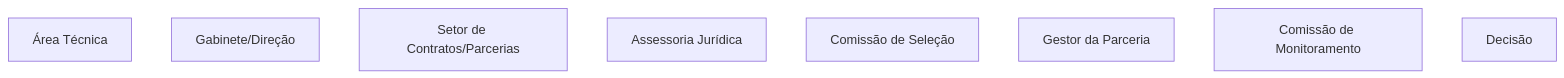
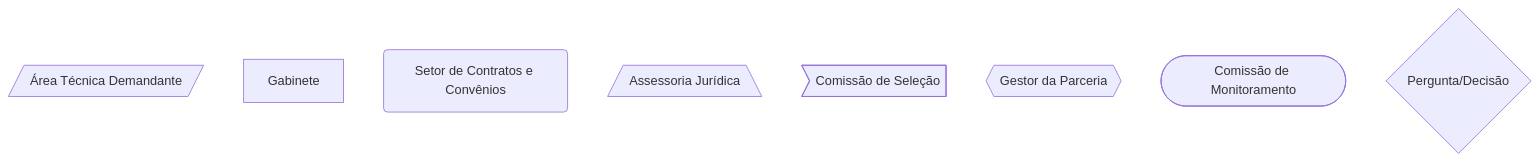
Before and after one commit to iepha-mg/manual.appi: the second of 3 diagrams in paginas/marcos_regulatorios/MROSC/TC/README.md, drawn with Mermaid. The commit also changed other lines of this file, not shown here.

```diff
--- a/paginas/marcos_regulatorios/MROSC/TC/README.md
+++ b/paginas/marcos_regulatorios/MROSC/TC/README.md
@@ -161,11 +161,11 @@
 <div class="mermaid">
 flowchart TD
-    A_LEG["Área Técnica"]
-    B_LEG["Gabinete/Direção"]
-    C_LEG["Setor de Contratos/Parcerias"]
-    D_LEG["Assessoria Jurídica"]
-    E_LEG["Comissão de Seleção"]
-    F_LEG["Gestor da Parceria"]
-    G_LEG["Comissão de Monitoramento"]
-    H_LEG["Decisão"]
+    A_LEG@{ shape: lean-r, label: "Área Técnica Demandante" }
+    B_LEG@{ shape: rect, label: "Gabinete" }
+    C_LEG@{ shape: rounded, label: "Setor de Contratos e Convênios" }
+    D_LEG@{ shape: trap-b, label: "Assessoria Jurídica" }
+    E_LEG@{ shape: odd, label: "Comissão de Seleção" }
+    F_LEG@{ shape: hex, label: "Gestor da Parceria" }
+    G_LEG@{ shape: stadium, label: "Comissão de Monitoramento" }
+    H_LEG@{ shape: diamond, label: "Pergunta/Decisão" }
 </div>
```
